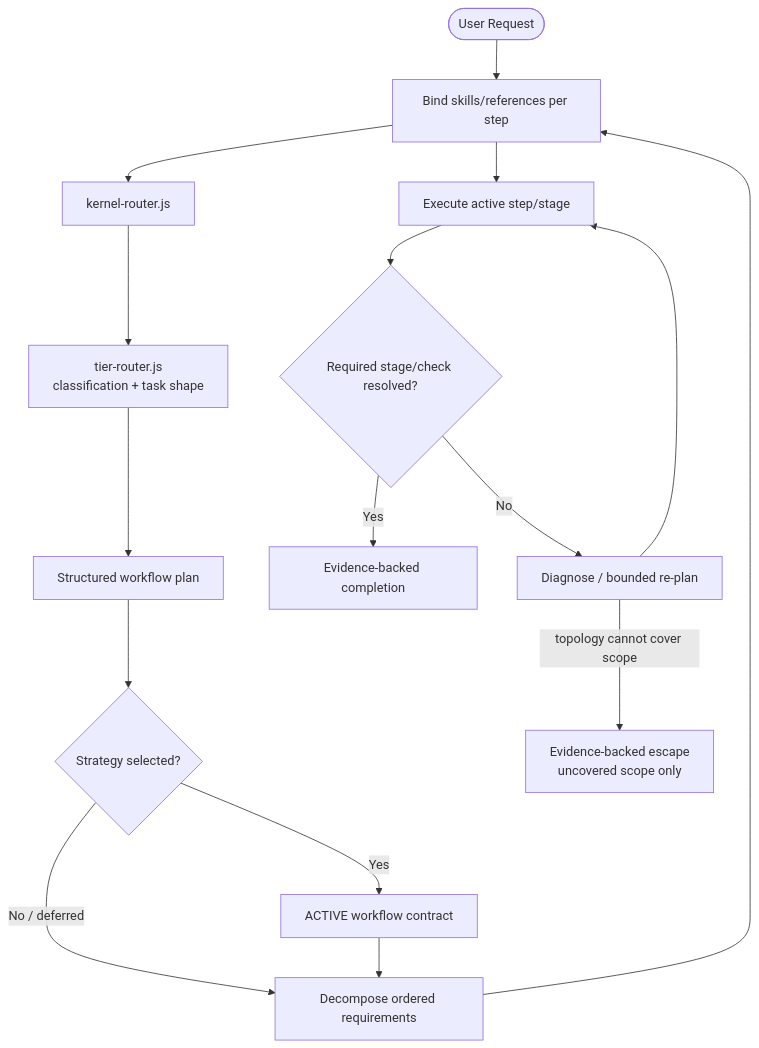
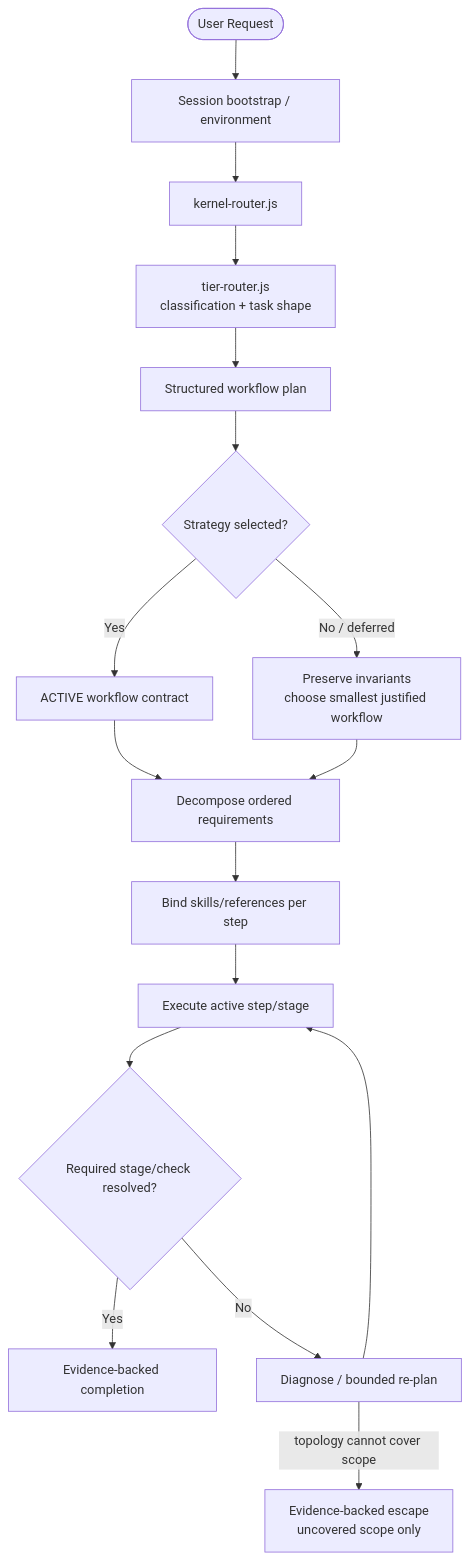
Before and after one commit to dyphn1/Harness-everything: the first of 3 diagrams in docs/architecture.md, drawn with Mermaid.

Commit message:
docs(architecture): keep workflow stages distinct in diagram

````diff
--- a/docs/architecture.md
+++ b/docs/architecture.md
@@ -30,18 +30,19 @@
 ```mermaid
 flowchart TD
     U([User Request]) --> B[Session bootstrap / environment]
     B --> K[kernel-router.js]
     K --> T[tier-router.js<br/>classification + task shape]
     T --> P[Structured workflow plan]
     P --> A{Strategy selected?}
     A -- No / deferred --> D[Preserve invariants<br/>choose smallest justified workflow]
     A -- Yes --> C[ACTIVE workflow contract]
-    C --> D[Decompose ordered requirements]
-    D --> B[Bind skills/references per step]
-    B --> X[Execute active step/stage]
+    C --> Reqs[Decompose ordered requirements]
+    D --> Reqs
+    Reqs --> Bind[Bind skills/references per step]
+    Bind --> X[Execute active step/stage]
     X --> V{Required stage/check resolved?}
     V -- Yes --> Done[Evidence-backed completion]
     V -- No --> R[Diagnose / bounded re-plan]
     R --> X
     R -- topology cannot cover scope --> Esc[Evidence-backed escape<br/>uncovered scope only]
 ```
````
